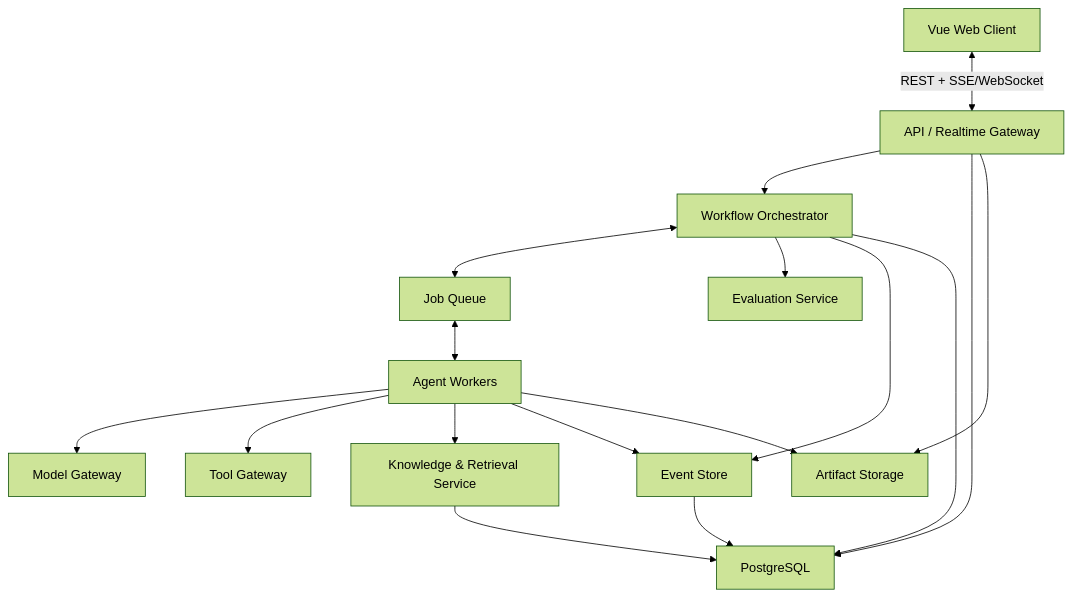
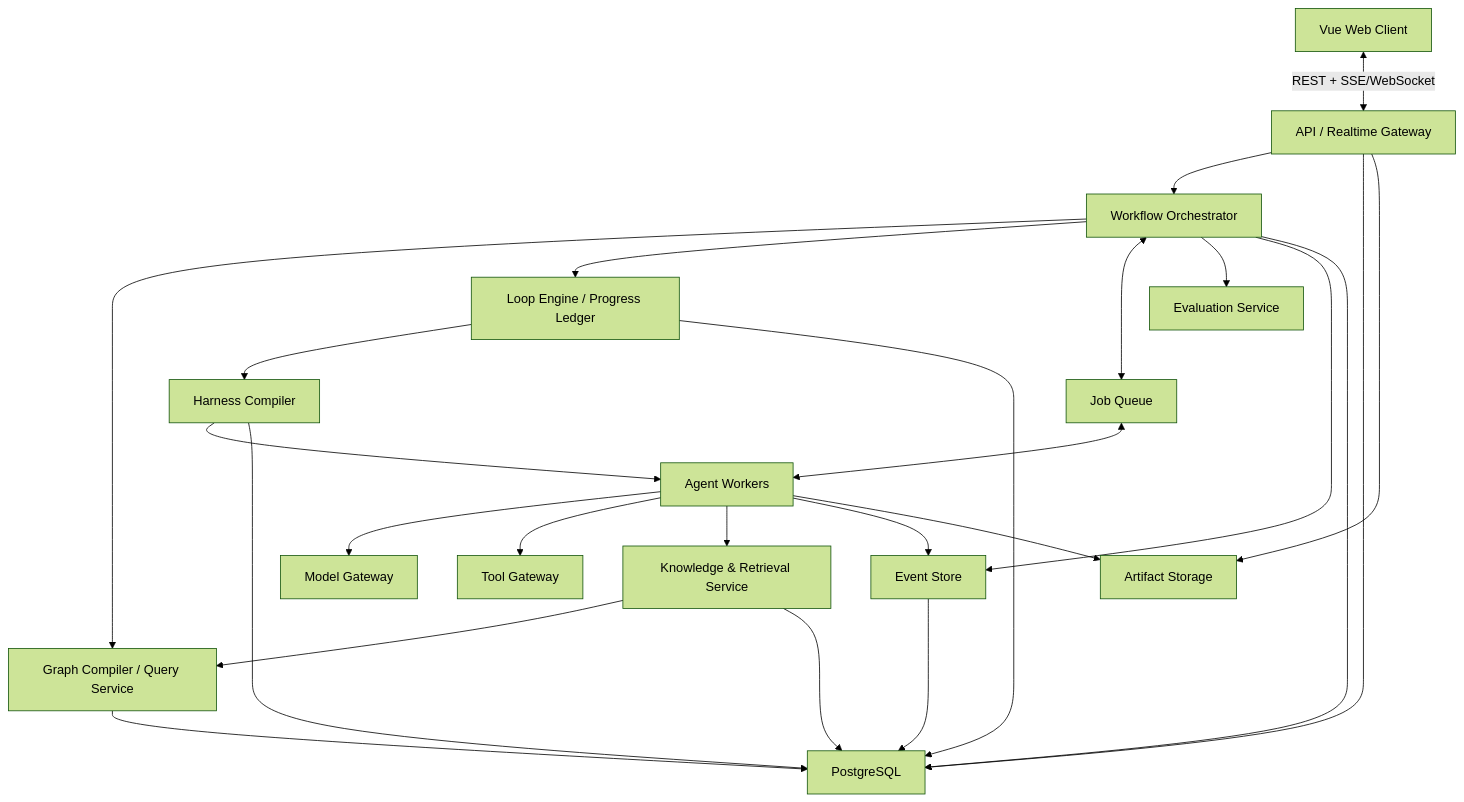
The first of 3 diagrams in docs/04-design/system-architecture.md (Logayan/agent-arena), drawn with Mermaid (forest theme) before and after one commit. The commit also changed other lines of this file and 17 other files, not shown here.

````diff
--- a/docs/04-design/system-architecture.md
+++ b/docs/04-design/system-architecture.md
@@ -19,32 +20,43 @@
 ```mermaid
 flowchart TB
     UI["Vue Web Client"]
     API["API / Realtime Gateway"]
     ORCH["Workflow Orchestrator"]
     WORKER["Agent Workers"]
     MODEL["Model Gateway"]
     TOOL["Tool Gateway"]
     KNOW["Knowledge & Retrieval Service"]
     EVAL["Evaluation Service"]
+    GRAPH["Graph Compiler / Query Service"]
+    HARNESS["Harness Compiler"]
+    LOOP["Loop Engine / Progress Ledger"]
     EVENT["Event Store"]
     DB["PostgreSQL"]
     BLOB["Artifact Storage"]
     QUEUE["Job Queue"]
 
     UI <-->|"REST + SSE/WebSocket"| API
     API --> ORCH
+    ORCH --> GRAPH
+    ORCH --> LOOP
+    LOOP --> HARNESS
+    HARNESS --> WORKER
+    KNOW --> GRAPH
+    GRAPH --> DB
+    LOOP --> DB
+    HARNESS --> DB
     ORCH <--> QUEUE
     QUEUE <--> WORKER
     WORKER --> MODEL
     WORKER --> TOOL
     WORKER --> KNOW
     ORCH --> EVAL
     ORCH --> EVENT
     WORKER --> EVENT
     EVENT --> DB
     ORCH --> DB
     KNOW --> DB
     WORKER --> BLOB
     API --> DB
     API --> BLOB
 ```
````
